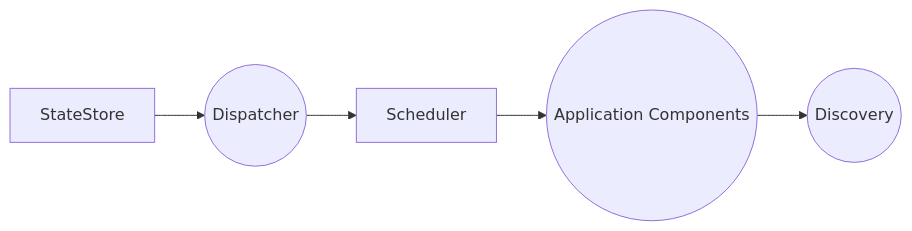
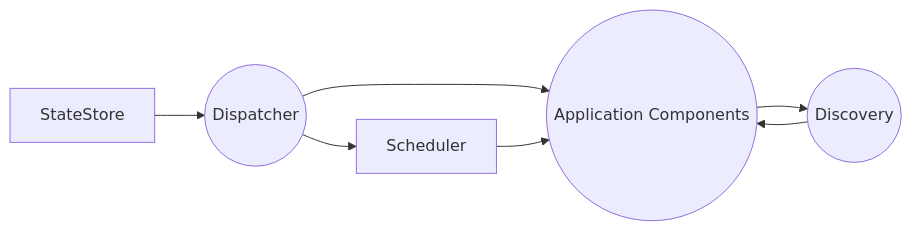
One commit to asbjornenge/dux changed the diagram in core.mermaid. Above: the diagram before and after it, drawn with Mermaid. The commit also changed 1 other file, not shown here.

```diff
--- a/core.mermaid
+++ b/core.mermaid
@@ -1,12 +1,14 @@
 graph LR;
 
 	StateStore;
 	Dispatcher((Dispatcher));
 	Scheduler;
 	Discovery((Discovery));
 	Applications((Application Components));
 
 	StateStore --> Dispatcher
 	Dispatcher --> Scheduler
+    Dispatcher --> Applications
 	Scheduler --> Applications
 	Applications --> Discovery
+    Discovery --> Applications
```
